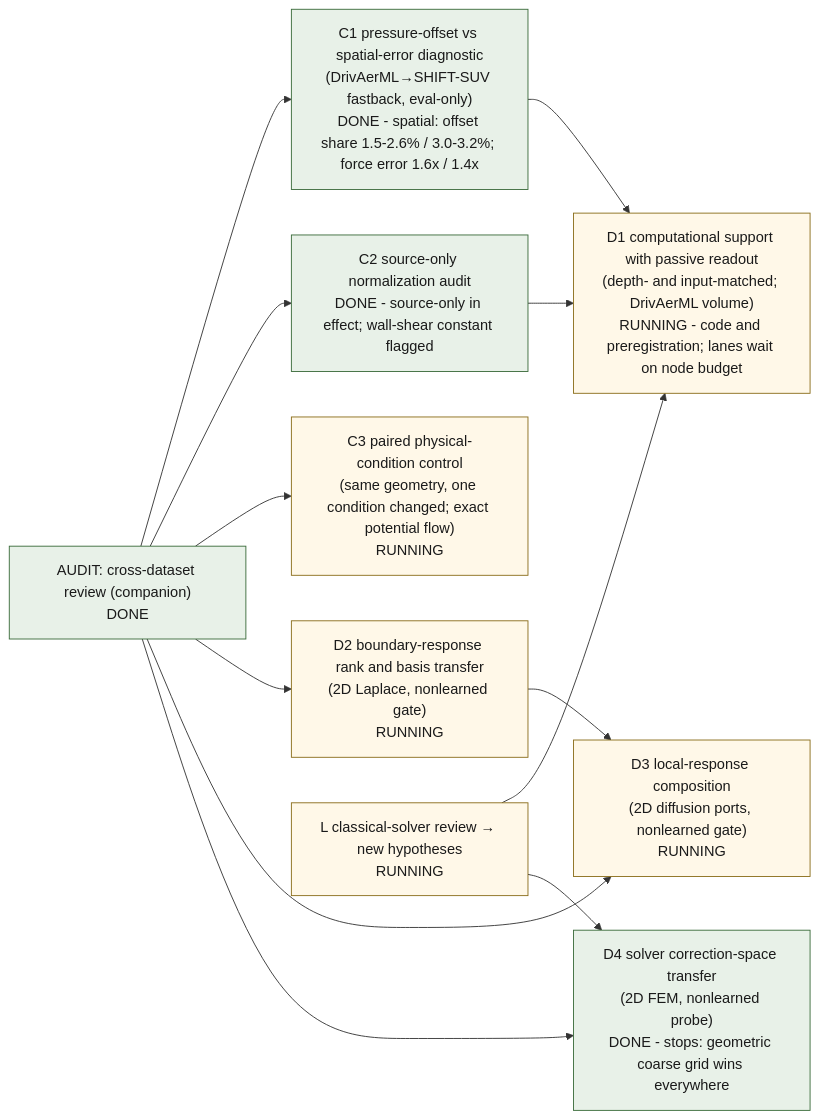
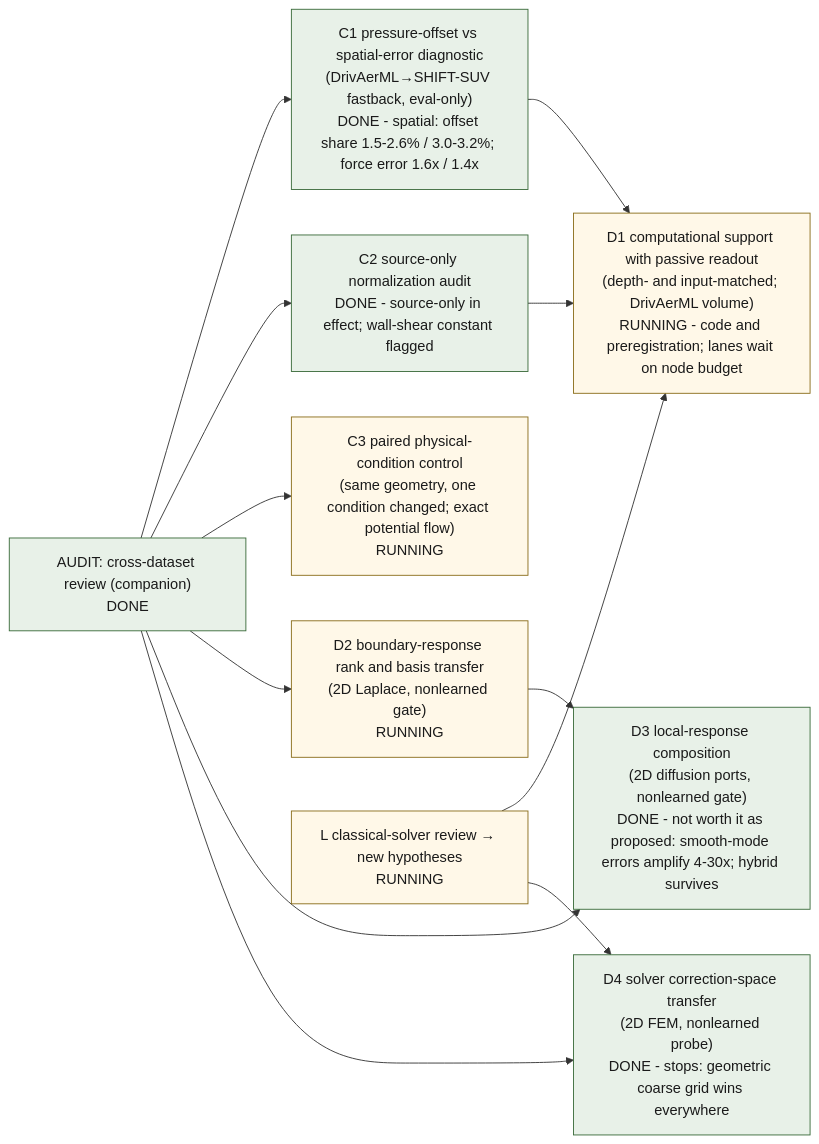
Before and after one commit to peterdsharpe/modulus: the diagram in examples/cfd/mesh_transformer/research/transfer_program/index.qmd, drawn with Mermaid. The commit also changed other lines of this file and 31 other files, not shown here.

Commit message:
Transfer program: D3 composition verdict (not worth a learner as proposed; hybrid survives), chapter, ledger

````diff
--- a/examples/cfd/mesh_transformer/research/transfer_program/index.qmd
+++ b/examples/cfd/mesh_transformer/research/transfer_program/index.qmd
@@ -36,27 +36,27 @@
 ```{mermaid}
 flowchart LR
   classDef done fill:#e8f1e8,stroke:#3a6b3a,color:#1a1a1a
   classDef running fill:#fff8e8,stroke:#8a6d1a,color:#1a1a1a
   classDef ready fill:#eef3fb,stroke:#2a5ba8,color:#1a1a1a
   classDef planned fill:#f2f1ec,stroke:#898781,color:#1a1a1a,stroke-dasharray:4 3
   AUDIT["AUDIT: cross-dataset review (companion)<br/>DONE"]:::done
   POFF["C1 pressure-offset vs spatial-error diagnostic<br/>(DrivAerML→SHIFT-SUV fastback, eval-only)<br/>DONE - spatial: offset share 1.5-2.6% / 3.0-3.2%; force error 1.6x / 1.4x"]:::done
   SNORM["C2 source-only normalization audit<br/>DONE - source-only in effect; wall-shear constant flagged"]:::done
   PAIR["C3 paired physical-condition control<br/>(same geometry, one condition changed; exact potential flow)<br/>RUNNING"]:::running
   SUPP["D1 computational support with passive readout<br/>(depth- and input-matched; DrivAerML volume)<br/>RUNNING - code and preregistration; lanes wait on node budget"]:::running
   RESP["D2 boundary-response rank and basis transfer<br/>(2D Laplace, nonlearned gate)<br/>RUNNING"]:::running
-  COMP["D3 local-response composition<br/>(2D diffusion ports, nonlearned gate)<br/>RUNNING"]:::running
+  COMP["D3 local-response composition<br/>(2D diffusion ports, nonlearned gate)<br/>DONE - not worth it as proposed: smooth-mode errors amplify 4-30x; hybrid survives"]:::done
   SOLV["D4 solver correction-space transfer<br/>(2D FEM, nonlearned probe)<br/>DONE - stops: geometric coarse grid wins everywhere"]:::done
   CLASS["L classical-solver review → new hypotheses<br/>RUNNING"]:::running
   AUDIT --> POFF
   AUDIT --> SNORM
   AUDIT --> PAIR
   POFF --> SUPP
   SNORM --> SUPP
   AUDIT --> RESP
   AUDIT --> COMP
   AUDIT --> SOLV
   RESP --> COMP
   CLASS --> SUPP
   CLASS --> SOLV
 ```
````
